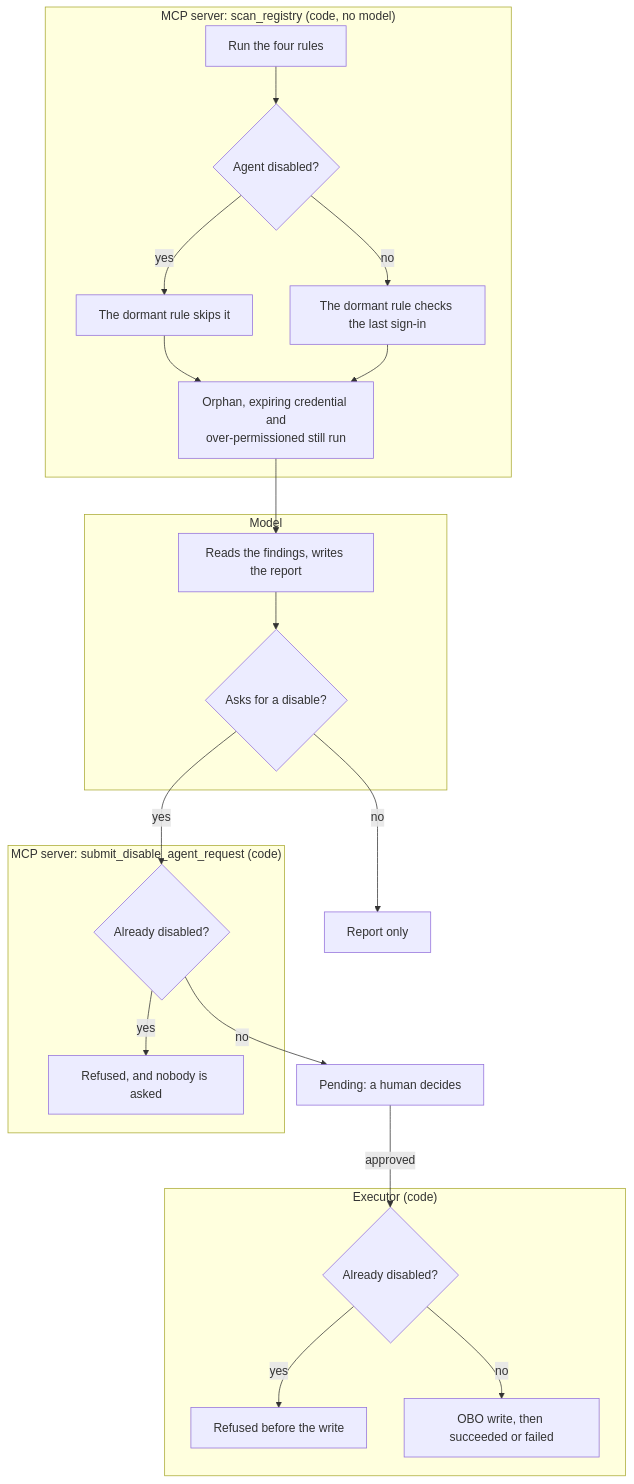
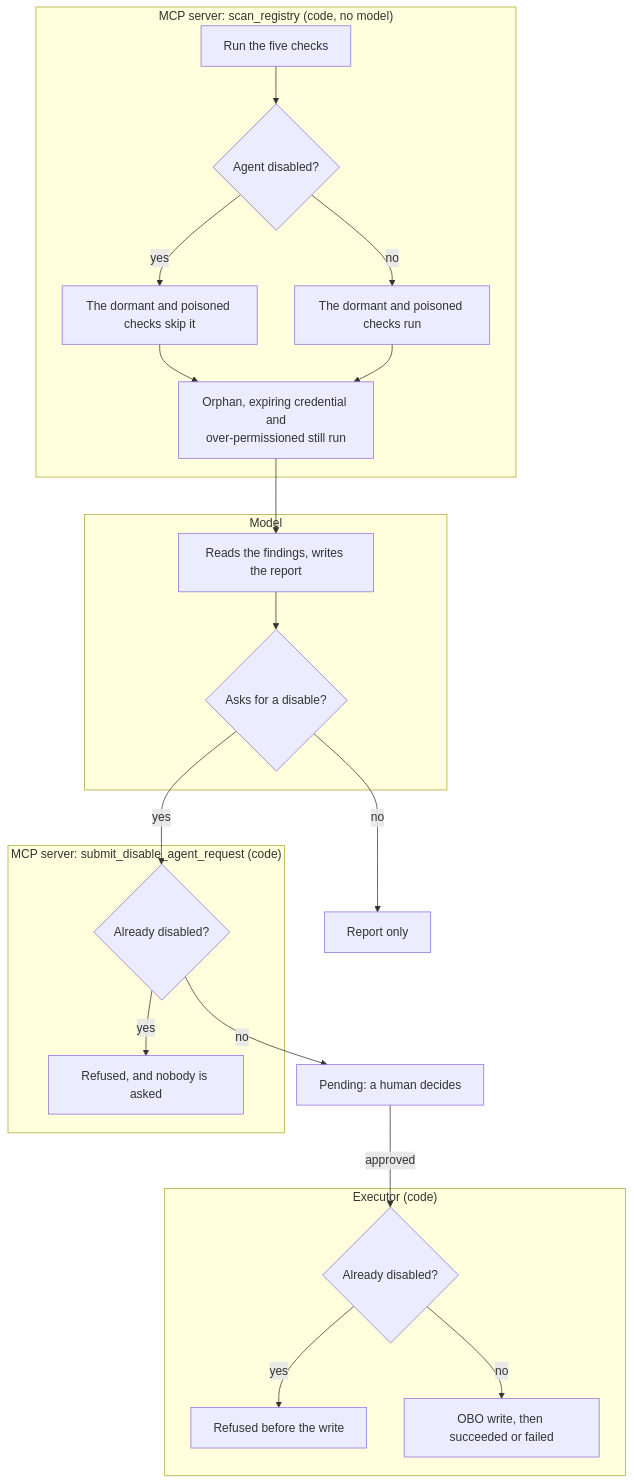
One commit to alireza-mpr/agent-steward changed the sixth of 6 diagrams in docs/agent-steward-architecture.md. Above: the diagram before and after it, drawn with Mermaid. The commit also changed other lines of this file and 21 other files, not shown here.

````diff
--- a/docs/agent-steward-architecture.md
+++ b/docs/agent-steward-architecture.md
@@ -409,25 +409,25 @@
 ```mermaid
 flowchart TD
     subgraph SCAN["MCP server: scan_registry (code, no model)"]
-        A[Run the four rules] --> B{Agent disabled?}
-        B -- yes --> C[The dormant rule skips it]
-        B -- no --> D[The dormant rule checks the last sign-in]
+        A[Run the five checks] --> B{Agent disabled?}
+        B -- yes --> C[The dormant and poisoned checks skip it]
+        B -- no --> D[The dormant and poisoned checks run]
         C --> E[Orphan, expiring credential and<br/>over-permissioned still run]
         D --> E
     end
     E --> F
     subgraph MODEL["Model"]
         F[Reads the findings, writes the report] --> G{Asks for a disable?}
     end
     G -- no --> R[Report only]
     G -- yes --> H
     subgraph TOOL["MCP server: submit_disable_agent_request (code)"]
         H{Already disabled?} -- yes --> X1[Refused, and nobody is asked]
     end
     H -- no --> P[Pending: a human decides]
     P -- approved --> J
     subgraph EXEC["Executor (code)"]
         J{Already disabled?} -- yes --> X2[Refused before the write]
         J -- no --> K[OBO write, then succeeded or failed]
     end
 ```
````
